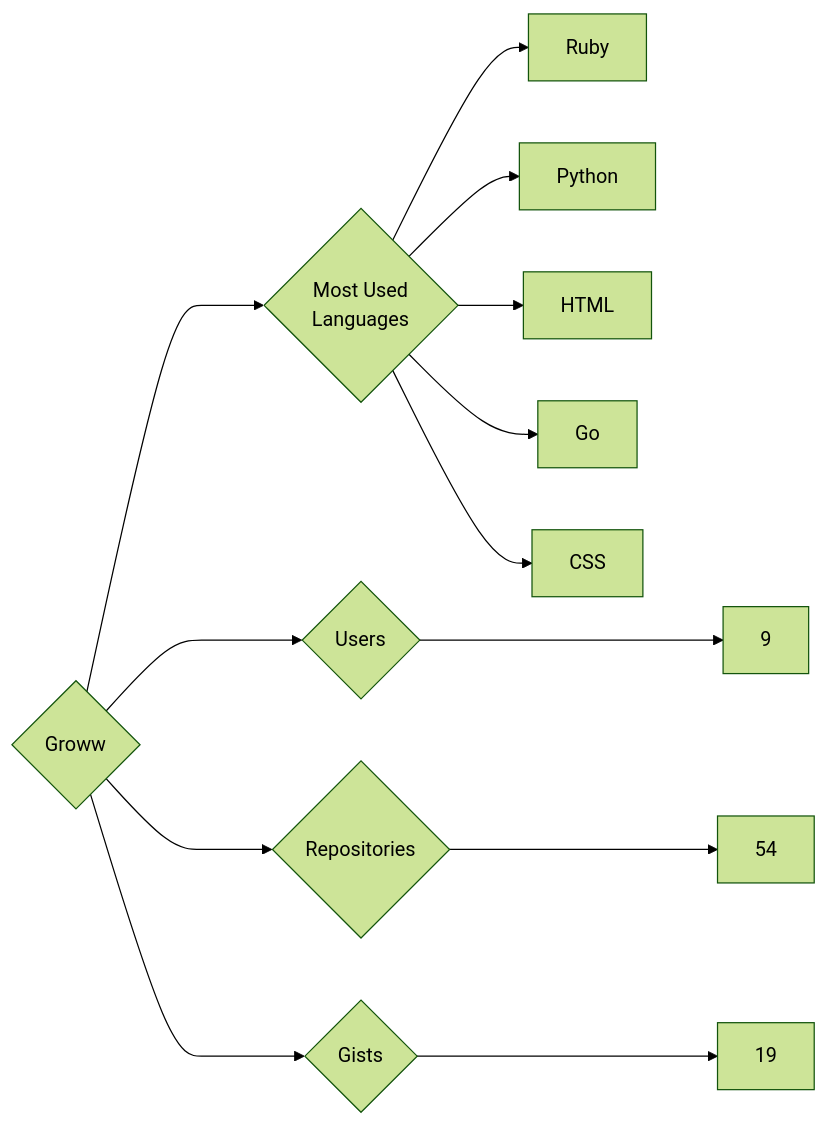
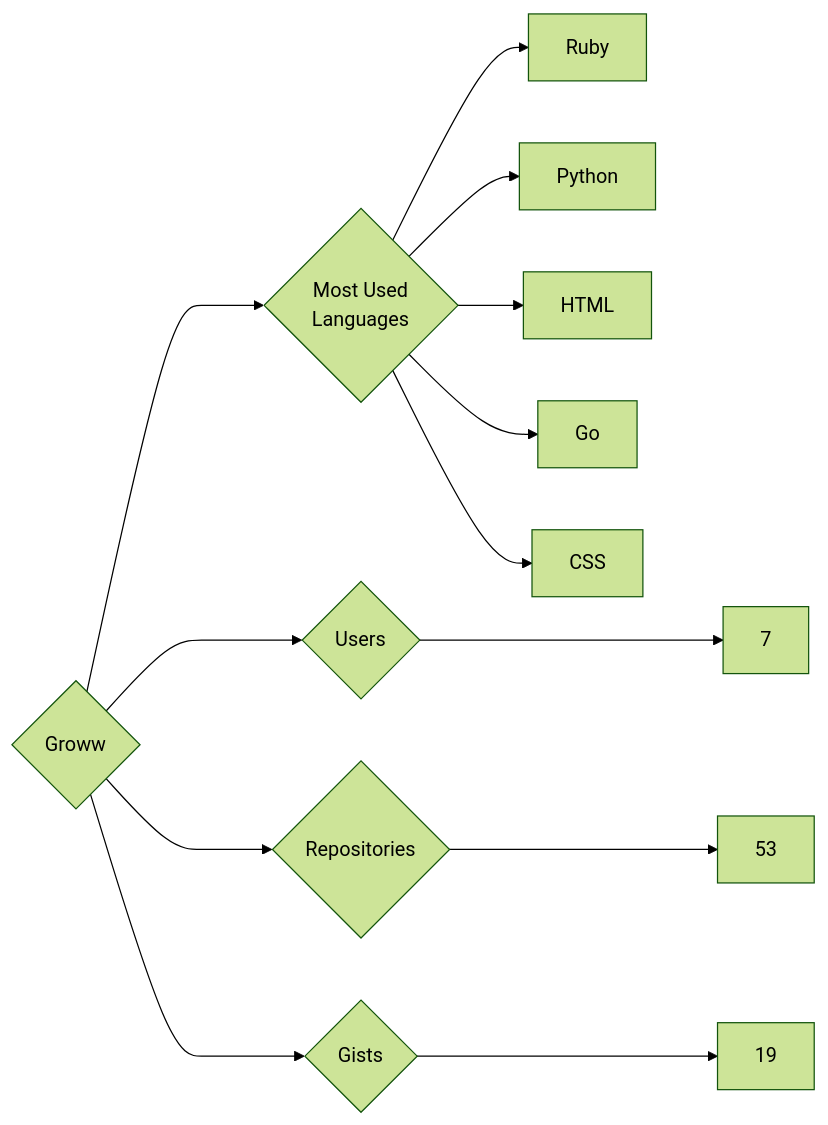
One commit to trickest/insiders changed the diagram in targets/Groww/README.md. Above: the diagram before and after it, drawn with Mermaid (forest theme). The commit also changed 1020 other files, not shown here.

````diff
--- a/targets/Groww/README.md
+++ b/targets/Groww/README.md
@@ -3,13 +3,13 @@
 ```mermaid
 graph LR
 COMPANY_NAME{Groww}
-COMPANY_NAME ---> U{Users} ---> UN[9]
-COMPANY_NAME ---> R{Repositories} ---> RN[54]
+COMPANY_NAME ---> U{Users} ---> UN[7]
+COMPANY_NAME ---> R{Repositories} ---> RN[53]
 COMPANY_NAME ---> G{Gists} ---> GN[19]
 COMPANY_NAME ---> ML{Most Used<br>Languages}
 ML --> Ruby[Ruby]
 ML --> Python[Python]
 ML --> HTML[HTML]
 ML --> Go[Go]
 ML --> CSS[CSS]
 ```
````
